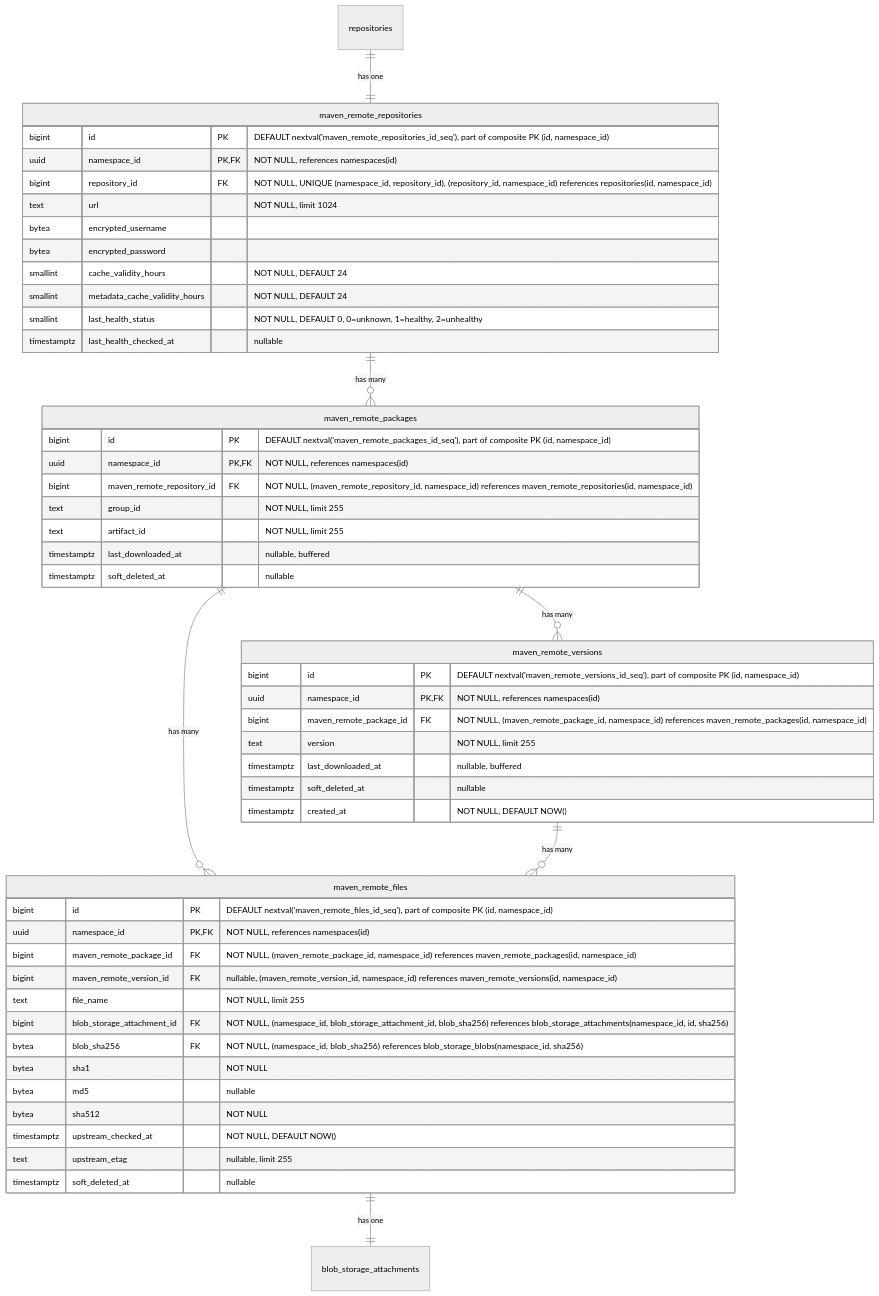
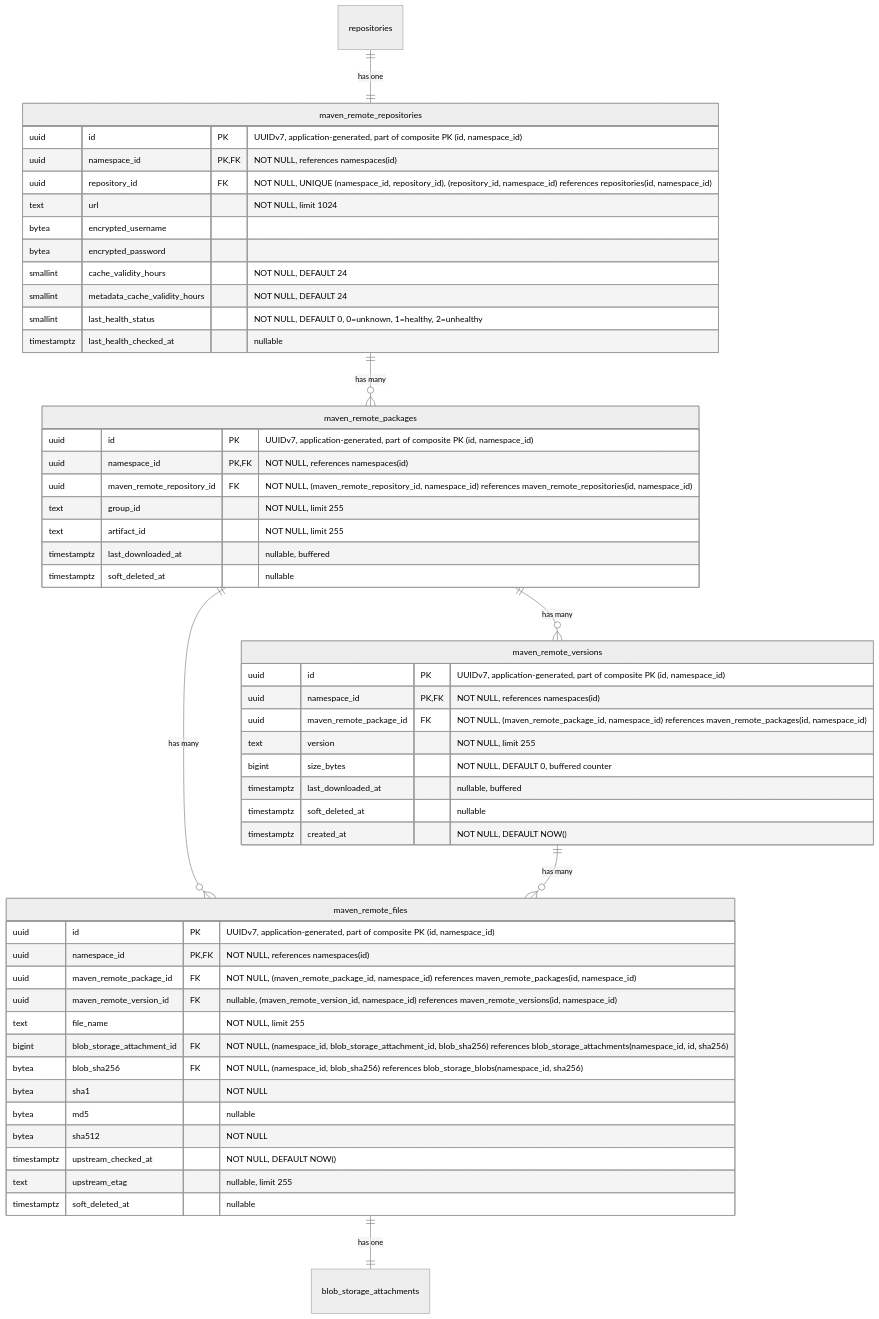
One commit to kyama0/gitlab-handbook-ja changed diagram 11 of 19 in content/handbook/engineering/architecture/design-documents/artifact_registry/decisions/007_database_schema.md. Above: the diagram before and after it, drawn with Mermaid (neutral theme). The commit also changed other lines of this file and 105 other files, not shown here.

````diff
--- a/content/handbook/engineering/architecture/design-documents/artifact_registry/decisions/007_database_schema.md
+++ b/content/handbook/engineering/architecture/design-documents/artifact_registry/decisions/007_database_schema.md
@@ -886,58 +899,59 @@
 ```mermaid
 erDiagram
     repositories ||--|| maven_remote_repositories : "has one"
     maven_remote_repositories ||--o{ maven_remote_packages : "has many"
     maven_remote_packages ||--o{ maven_remote_versions : "has many"
     maven_remote_packages ||--o{ maven_remote_files : "has many"
     maven_remote_versions ||--o{ maven_remote_files : "has many"
     maven_remote_files ||--|| blob_storage_attachments : "has one"
 
     maven_remote_repositories {
-        bigint id PK "DEFAULT nextval('maven_remote_repositories_id_seq'), part of composite PK (id, namespace_id)"
+        uuid id PK "UUIDv7, application-generated, part of composite PK (id, namespace_id)"
         uuid namespace_id PK,FK "NOT NULL, references namespaces(id)"
-        bigint repository_id FK "NOT NULL, UNIQUE (namespace_id, repository_id), (repository_id, namespace_id) references repositories(id, namespace_id)"
+        uuid repository_id FK "NOT NULL, UNIQUE (namespace_id, repository_id), (repository_id, namespace_id) references repositories(id, namespace_id)"
         text url "NOT NULL, limit 1024"
         bytea encrypted_username
         bytea encrypted_password
         smallint cache_validity_hours "NOT NULL, DEFAULT 24"
         smallint metadata_cache_validity_hours "NOT NULL, DEFAULT 24"
         smallint last_health_status "NOT NULL, DEFAULT 0, 0=unknown, 1=healthy, 2=unhealthy"
         timestamptz last_health_checked_at "nullable"
     }
 
     maven_remote_packages {
-        bigint id PK "DEFAULT nextval('maven_remote_packages_id_seq'), part of composite PK (id, namespace_id)"
+        uuid id PK "UUIDv7, application-generated, part of composite PK (id, namespace_id)"
         uuid namespace_id PK,FK "NOT NULL, references namespaces(id)"
-        bigint maven_remote_repository_id FK "NOT NULL, (maven_remote_repository_id, namespace_id) references maven_remote_repositories(id, namespace_id)"
+        uuid maven_remote_repository_id FK "NOT NULL, (maven_remote_repository_id, namespace_id) references maven_remote_repositories(id, namespace_id)"
         text group_id "NOT NULL, limit 255"
         text artifact_id "NOT NULL, limit 255"
         timestamptz last_downloaded_at "nullable, buffered"
         timestamptz soft_deleted_at "nullable"
     }
 
     maven_remote_versions {
-        bigint id PK "DEFAULT nextval('maven_remote_versions_id_seq'), part of composite PK (id, namespace_id)"
+        uuid id PK "UUIDv7, application-generated, part of composite PK (id, namespace_id)"
         uuid namespace_id PK,FK "NOT NULL, references namespaces(id)"
-        bigint maven_remote_package_id FK "NOT NULL, (maven_remote_package_id, namespace_id) references maven_remote_packages(id, namespace_id)"
+        uuid maven_remote_package_id FK "NOT NULL, (maven_remote_package_id, namespace_id) references maven_remote_packages(id, namespace_id)"
         text version "NOT NULL, limit 255"
+        bigint size_bytes "NOT NULL, DEFAULT 0, buffered counter"
         timestamptz last_downloaded_at "nullable, buffered"
         timestamptz soft_deleted_at "nullable"
         timestamptz created_at "NOT NULL, DEFAULT NOW()"
     }
 
     maven_remote_files {
-        bigint id PK "DEFAULT nextval('maven_remote_files_id_seq'), part of composite PK (id, namespace_id)"
+        uuid id PK "UUIDv7, application-generated, part of composite PK (id, namespace_id)"
         uuid namespace_id PK,FK "NOT NULL, references namespaces(id)"
-        bigint maven_remote_package_id FK "NOT NULL, (maven_remote_package_id, namespace_id) references maven_remote_packages(id, namespace_id)"
-        bigint maven_remote_version_id FK "nullable, (maven_remote_version_id, namespace_id) references maven_remote_versions(id, namespace_id)"
+        uuid maven_remote_package_id FK "NOT NULL, (maven_remote_package_id, namespace_id) references maven_remote_packages(id, namespace_id)"
+        uuid maven_remote_version_id FK "nullable, (maven_remote_version_id, namespace_id) references maven_remote_versions(id, namespace_id)"
         text file_name "NOT NULL, limit 255"
         bigint blob_storage_attachment_id FK "NOT NULL, (namespace_id, blob_storage_attachment_id, blob_sha256) references blob_storage_attachments(namespace_id, id, sha256)"
         bytea blob_sha256 FK "NOT NULL, (namespace_id, blob_sha256) references blob_storage_blobs(namespace_id, sha256)"
         bytea sha1 "NOT NULL"
         bytea md5 "nullable"
         bytea sha512 "NOT NULL"
         timestamptz upstream_checked_at "NOT NULL, DEFAULT NOW()"
         text upstream_etag "nullable, limit 255"
         timestamptz soft_deleted_at "nullable"
     }
 ```
````
